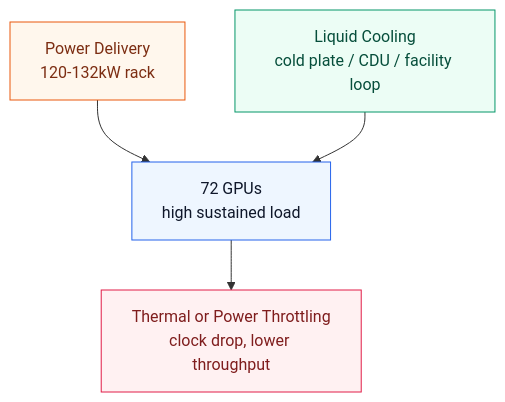
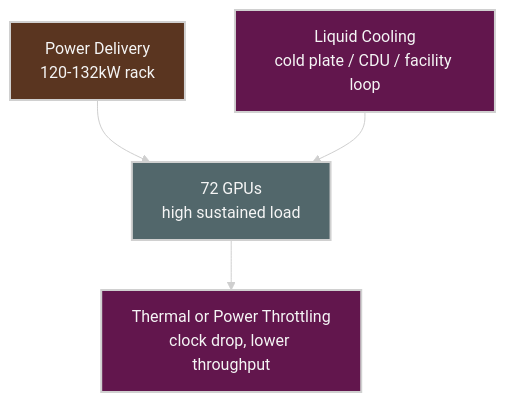
One commit to ziwon/ai-data-center-network changed diagram 14 of 15 in ai-system-performance-engineering/chap02/README.md. Above: the diagram before and after it, drawn with Mermaid. The commit also changed other lines of this file and 35 other files, not shown here.

Commit message:
docs(mermaid): apply dark diagram style

````diff
--- a/ai-system-performance-engineering/chap02/README.md
+++ b/ai-system-performance-engineering/chap02/README.md
@@ -751,16 +764,17 @@
 ```mermaid
+%%{init: {"theme": "base", "themeVariables": {"background": "#171717", "primaryColor": "#232323", "primaryTextColor": "#f5f5f5", "primaryBorderColor": "#d0d0d0", "lineColor": "#cfcfcf", "fontFamily": "Inter, Arial, sans-serif"}}}%%
 flowchart TB
-    classDef gpu fill:#eef6ff,stroke:#2563eb,color:#0f172a
-    classDef power fill:#fff7ed,stroke:#ea580c,color:#7c2d12
-    classDef cooling fill:#ecfdf5,stroke:#059669,color:#064e3b
-    classDef risk fill:#fff1f2,stroke:#e11d48,color:#7f1d1d
+    classDef gpu fill:#52676b,stroke:#d0d0d0,color:#f5f5f5,stroke-width:2px;
+    classDef power fill:#5a3520,stroke:#d0d0d0,color:#f5f5f5,stroke-width:2px;
+    classDef cooling fill:#62164d,stroke:#d0d0d0,color:#f5f5f5,stroke-width:2px;
+    classDef risk fill:#62164d,stroke:#d0d0d0,color:#f5f5f5,stroke-width:2px;
 
     GPU[72 GPUs<br/>high sustained load]:::gpu
     PWR[Power Delivery<br/>120-132kW rack]:::power
     COOL[Liquid Cooling<br/>cold plate / CDU / facility loop]:::cooling
     THROTTLE[Thermal or Power Throttling<br/>clock drop, lower throughput]:::risk
 
     PWR --> GPU
     COOL --> GPU
     GPU --> THROTTLE
 ```
````
